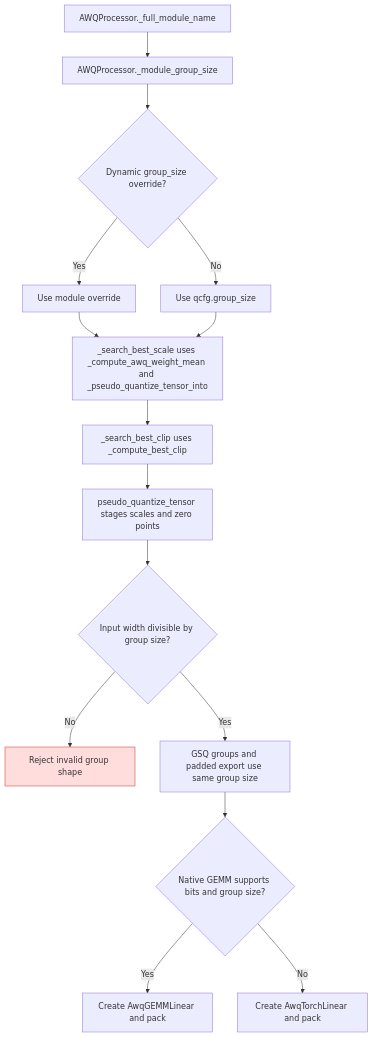
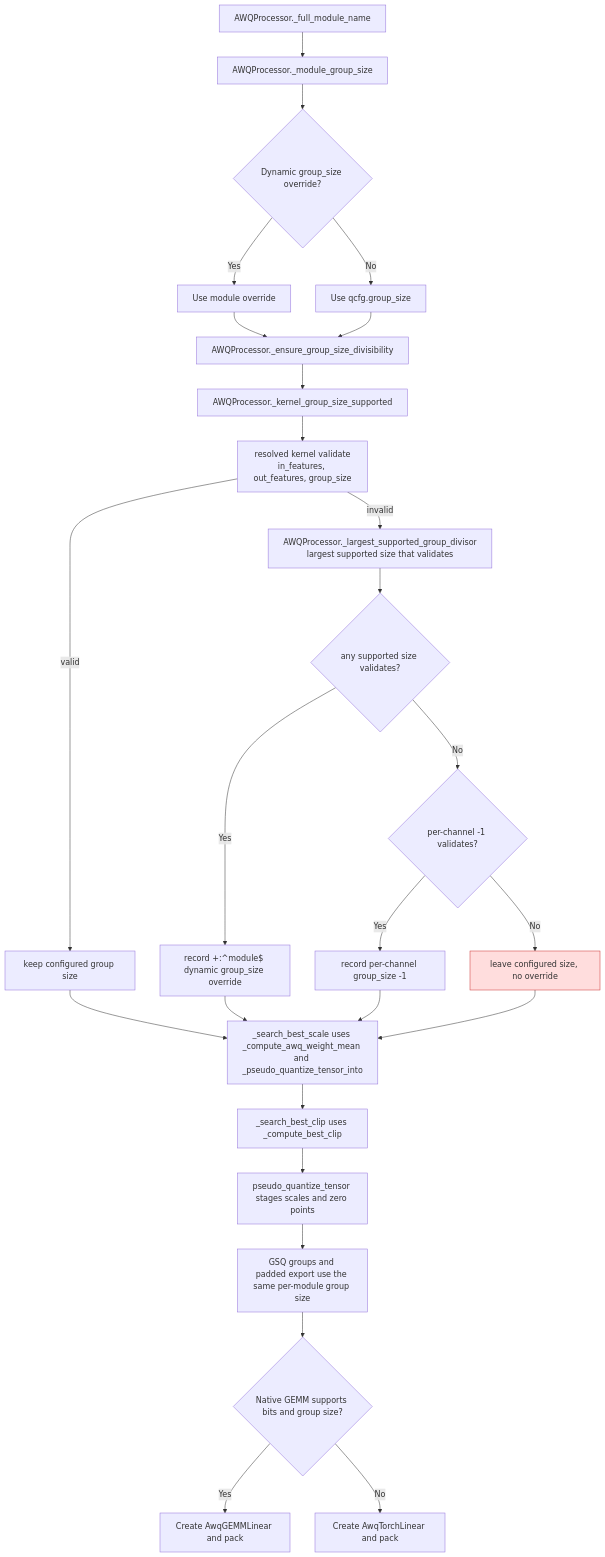
One commit to ModelCloud/GPTQModel changed the diagram in docs/awq-dynamic-group-size.md. Above: the diagram before and after it, drawn with Mermaid. The commit also changed other lines of this file and 2 other files, not shown here.

Commit message:
fix(awq): validate group size against the packing kernel (#4095)
- ask the resolved kernel's validate(in_features, out_features, group_size)
  instead of duplicating a partial in_features check
- retune Phi-tiny-MoE expert gate/up (4096 -> 448) from 128 to 64 before
  calibration instead of failing in create_quant_module
- use per-channel -1 only when it validates; leave unpackable modules such as
  the non-quantized PhiMoE router untouched
- docs/awq-dynamic-group-size.md: new decision flow and measured Phi run

Part of #4095 (item 3)

````diff
--- a/docs/awq-dynamic-group-size.md
+++ b/docs/awq-dynamic-group-size.md
@@ -11,19 +11,30 @@
 ```mermaid
 flowchart TD
     A["AWQProcessor._full_module_name"] --> B["AWQProcessor._module_group_size"]
     B --> C{"Dynamic group_size override?"}
     C -- Yes --> D["Use module override"]
     C -- No --> E["Use qcfg.group_size"]
-    D --> F["_search_best_scale uses _compute_awq_weight_mean and _pseudo_quantize_tensor_into"]
+    D --> F["AWQProcessor._ensure_group_size_divisibility"]
     E --> F
-    F --> G["_search_best_clip uses _compute_best_clip"]
-    G --> H["pseudo_quantize_tensor stages scales and zero points"]
-    H --> J{"Input width divisible by group size?"}
-    J -- No --> X["Reject invalid group shape"]
-    J -- Yes --> I["GSQ groups and padded export use same group size"]
-    I --> K{"Native GEMM supports bits and group size?"}
-    K -- Yes --> L["Create AwqGEMMLinear and pack"]
-    K -- No --> M["Create AwqTorchLinear and pack"]
+    F --> G["AWQProcessor._kernel_group_size_supported"]
+    G --> H["resolved kernel validate<br/>in_features, out_features, group_size"]
+    H -- valid --> I["keep configured group size"]
+    H -- invalid --> J["AWQProcessor._largest_supported_group_divisor<br/>largest supported size that validates"]
+    J --> K{"any supported size validates?"}
+    K -- Yes --> L["record +:^module$ dynamic group_size override"]
+    K -- No --> X{"per-channel -1 validates?"}
+    X -- Yes --> Y["record per-channel group_size -1"]
+    X -- No --> Z["leave configured size, no override"]
+    I --> M["_search_best_scale uses _compute_awq_weight_mean and _pseudo_quantize_tensor_into"]
+    L --> M
+    Y --> M
+    Z --> M
+    M --> N["_search_best_clip uses _compute_best_clip"]
+    N --> O["pseudo_quantize_tensor stages scales and zero points"]
+    O --> P["GSQ groups and padded export use the same per-module group size"]
+    P --> Q{"Native GEMM supports bits and group size?"}
+    Q -- Yes --> R["Create AwqGEMMLinear and pack"]
+    Q -- No --> S["Create AwqTorchLinear and pack"]
     classDef failure fill:#fdd,stroke:#c33
-    class X failure
+    class Z failure
 ```
````
